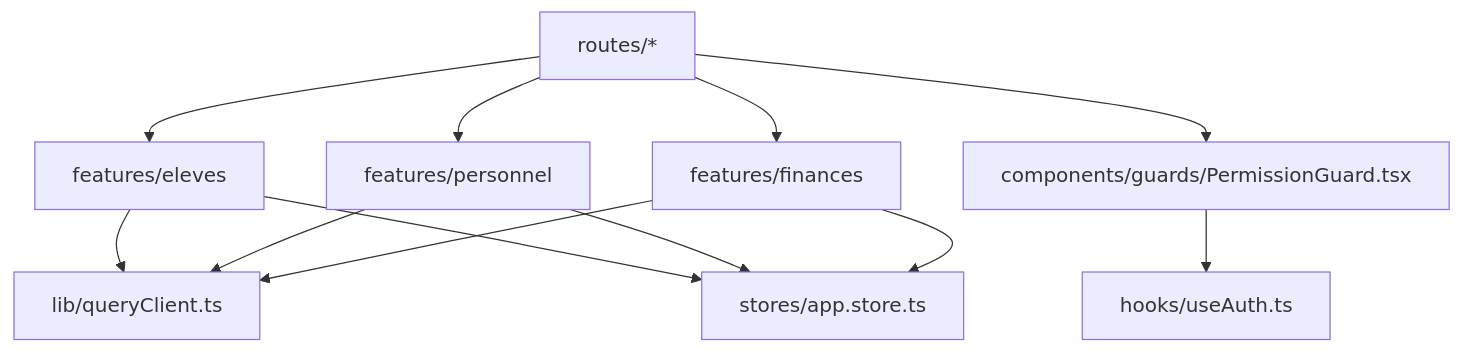
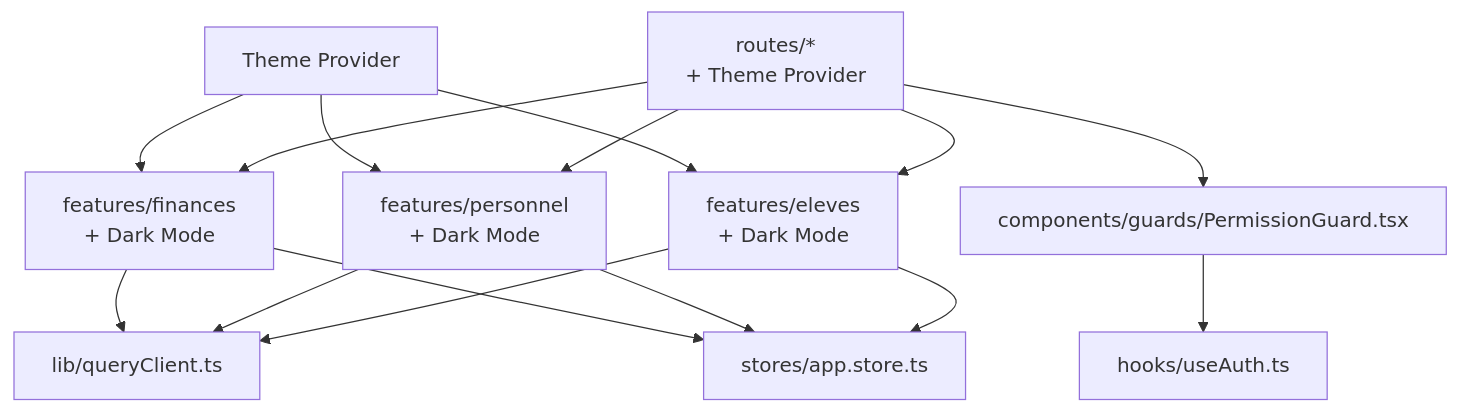
The eighth of 8 diagrams in .qoder/repowiki/en/content/System Architecture/Frontend Architecture/Component Architecture/Feature-Specific Components.md (franckylab/eLISAschool), drawn with Mermaid before and after one commit. The commit also changed other lines of this file and 79 other files, not shown here.

````diff
--- a/.qoder/repowiki/en/content/System Architecture/Frontend Architecture/Component Architecture/Feature-Specific Components.md
+++ b/.qoder/repowiki/en/content/System Architecture/Frontend Architecture/Component Architecture/Feature-Specific Components.md
@@ -357,14 +464,17 @@
 ```mermaid
 graph TB
-Eleves["features/eleves"] --> Q["lib/queryClient.ts"]
-Personnel["features/personnel"] --> Q
-Finances["features/finances"] --> Q
+Eleves["features/eleves<br/>+ Dark Mode"] --> Q["lib/queryClient.ts"]
+Personnel["features/personnel<br/>+ Dark Mode"] --> Q
+Finances["features/finances<br/>+ Dark Mode"] --> Q
 Eleves --> AppStore["stores/app.store.ts"]
 Personnel --> AppStore
 Finances --> AppStore
-Routes["routes/*"] --> Eleves
+Routes["routes/*<br/>+ Theme Provider"] --> Eleves
 Routes --> Personnel
 Routes --> Finances
 Routes --> Guard["components/guards/PermissionGuard.tsx"]
 Guard --> Auth["hooks/useAuth.ts"]
+Theme["Theme Provider"] --> Eleves
+Theme --> Personnel
+Theme --> Finances
 ```
````
